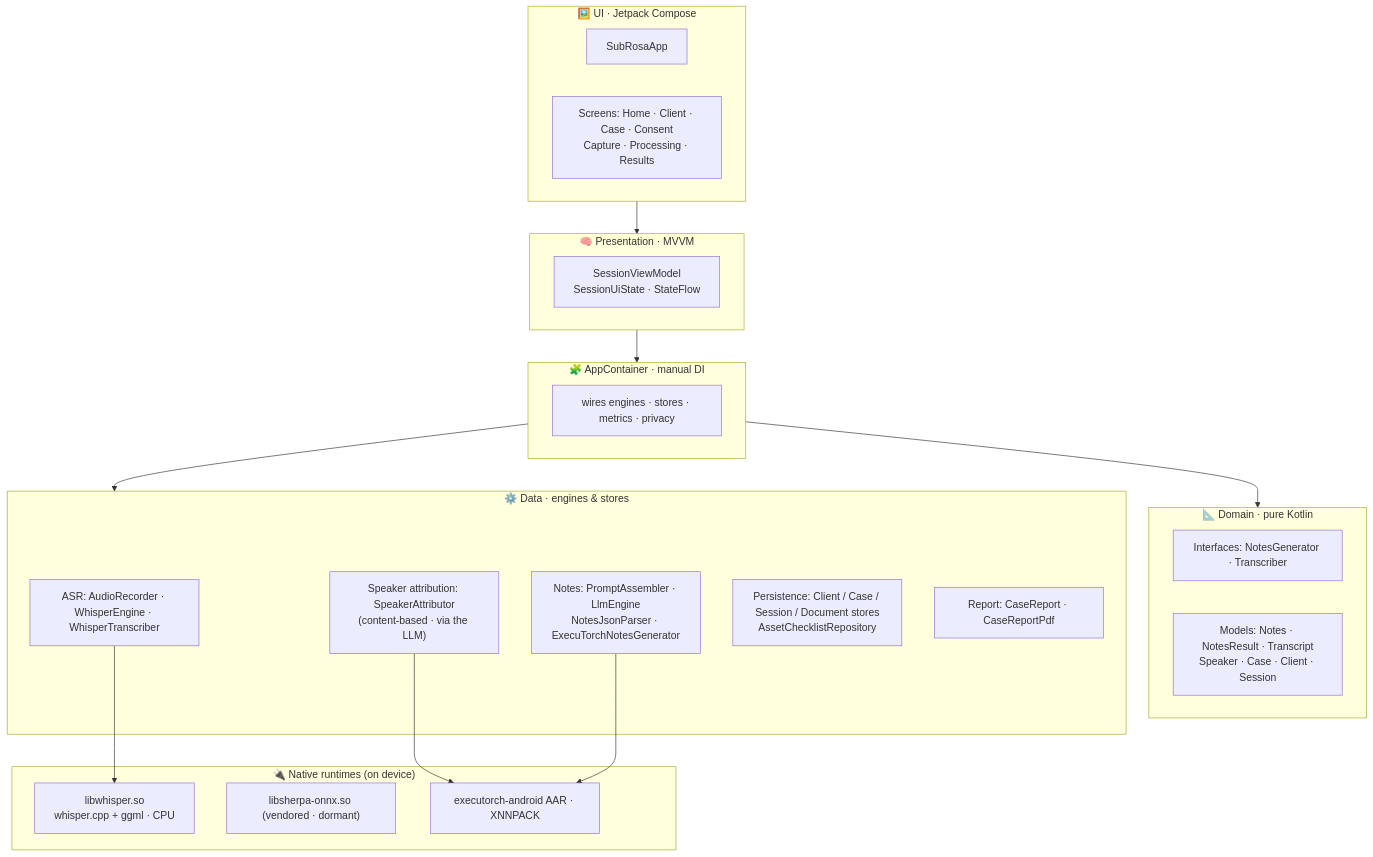
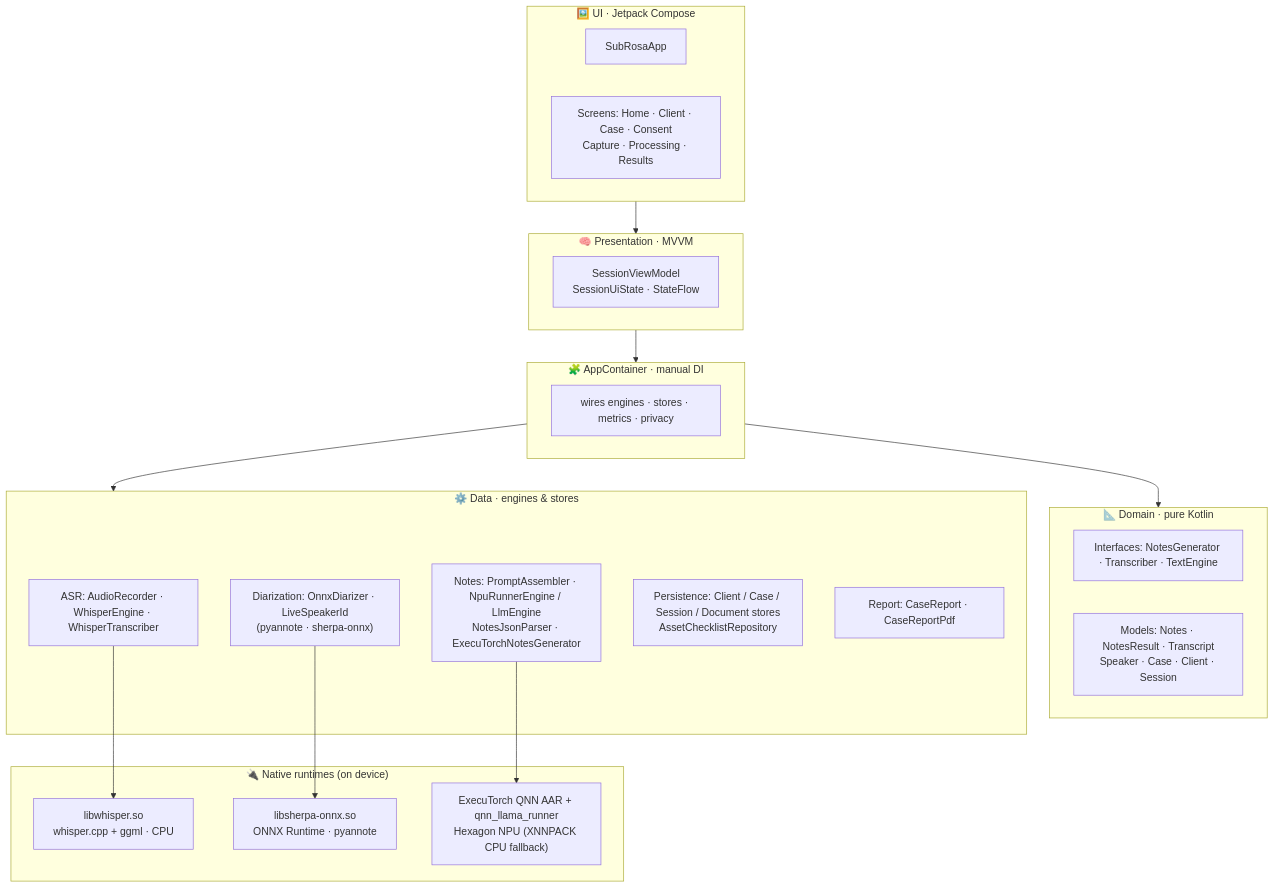
The second of 8 diagrams in ARCHITECTURE.md (Dileep2896/sub-rosa-executorch), drawn with Mermaid before and after one commit. The commit also changed other lines of this file and 1 other file, not shown here.

First line of the commit message:
Docs: QNN/Hexagon NPU as primary LLM path; Whisper + pyannote diarization

````diff
--- a/ARCHITECTURE.md
+++ b/ARCHITECTURE.md
@@ -41,36 +48,36 @@
 ```mermaid
 flowchart TB
     subgraph L1["🖼️ UI · Jetpack Compose"]
         A1["SubRosaApp"]
         A2["Screens: Home · Client · Case · Consent<br/>Capture · Processing · Results"]
     end
     subgraph L2["🧠 Presentation · MVVM"]
         B1["SessionViewModel<br/>SessionUiState · StateFlow"]
     end
     subgraph L3["🧩 AppContainer · manual DI"]
         C1["wires engines · stores · metrics · privacy"]
     end
     subgraph L4["📐 Domain · pure Kotlin"]
-        D1["Interfaces: NotesGenerator · Transcriber"]
+        D1["Interfaces: NotesGenerator · Transcriber · TextEngine"]
         D2["Models: Notes · NotesResult · Transcript<br/>Speaker · Case · Client · Session"]
     end
     subgraph L5["⚙️ Data · engines & stores"]
         E1["ASR: AudioRecorder · WhisperEngine · WhisperTranscriber"]
-        E2["Speaker attribution: SpeakerAttributor<br/>(content-based · via the LLM)"]
-        E3["Notes: PromptAssembler · LlmEngine<br/>NotesJsonParser · ExecuTorchNotesGenerator"]
+        E2["Diarization: OnnxDiarizer · LiveSpeakerId<br/>(pyannote · sherpa-onnx)"]
+        E3["Notes: PromptAssembler · NpuRunnerEngine / LlmEngine<br/>NotesJsonParser · ExecuTorchNotesGenerator"]
         E4["Persistence: Client / Case / Session / Document stores<br/>AssetChecklistRepository"]
         E5["Report: CaseReport · CaseReportPdf"]
     end
     subgraph L6["🔌 Native runtimes (on device)"]
         F1["libwhisper.so<br/>whisper.cpp + ggml · CPU"]
-        F2["libsherpa-onnx.so (vendored · dormant)"]
-        F3["executorch-android AAR · XNNPACK"]
+        F2["libsherpa-onnx.so<br/>ONNX Runtime · pyannote"]
+        F3["ExecuTorch QNN AAR + qnn_llama_runner<br/>Hexagon NPU (XNNPACK CPU fallback)"]
     end
 
     L1 --> L2 --> L3
     L3 --> L4
     L3 --> L5
     E1 --> F1
-    E2 --> F3
+    E2 --> F2
     E3 --> F3
 ```
````
